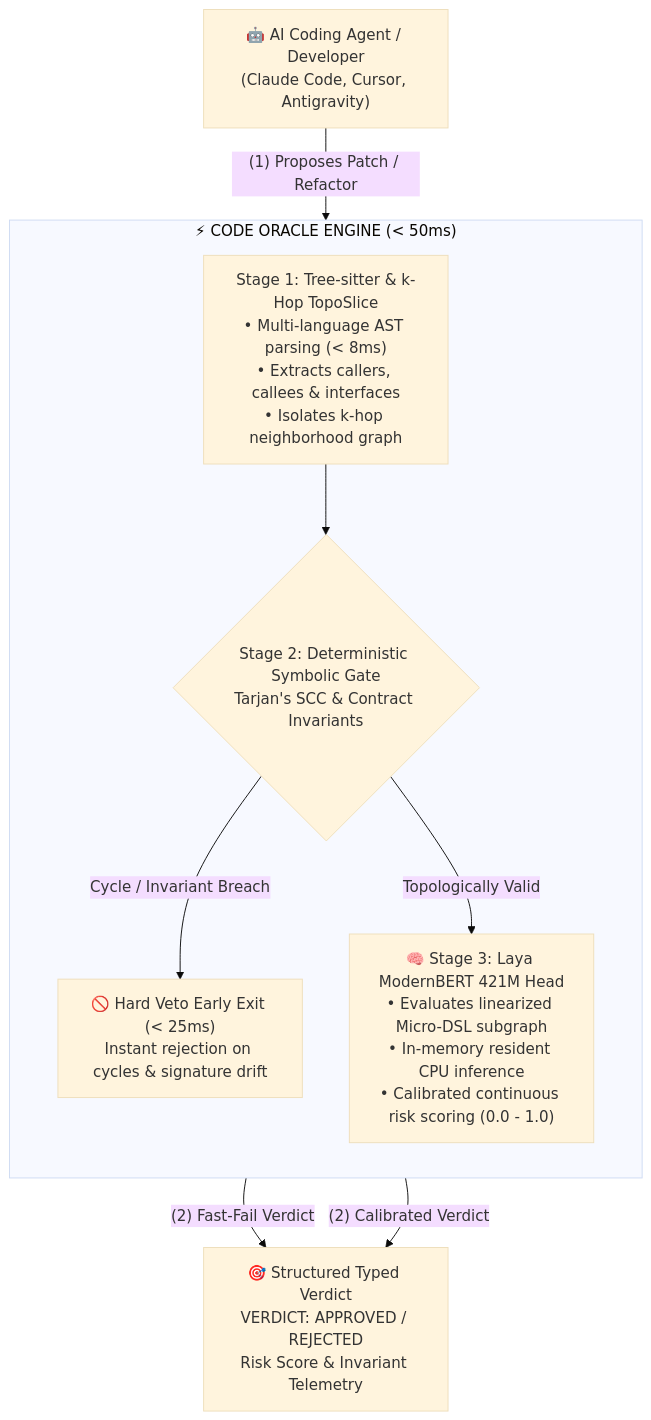
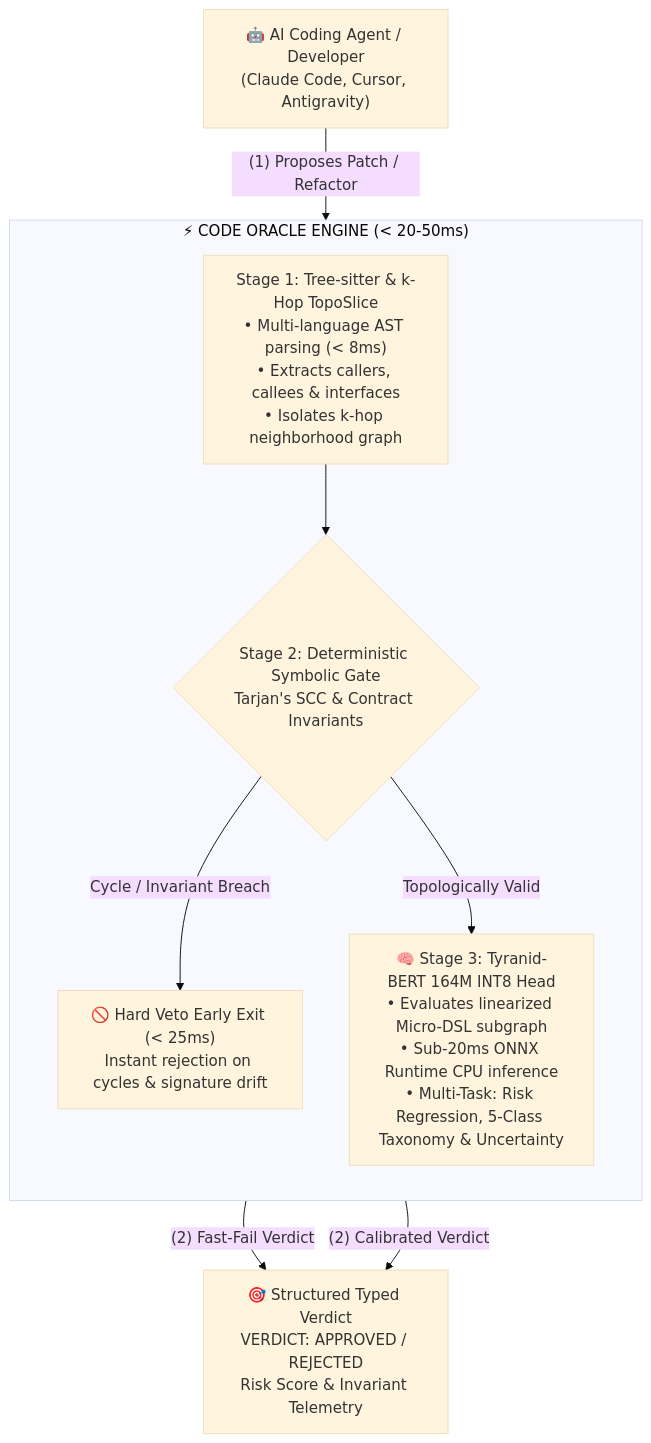
The diagram in README.md (wahyuzero/code-oracle), drawn with Mermaid (base theme) before and after one commit. The commit also changed other lines of this file and 10 other files, not shown here.

Commit message:
chore: clean obsolete datasets, exclude local notebooks & prediction caches, update README to Tyranid-BERT

````diff
--- a/README.md
+++ b/README.md
@@ -31,24 +31,24 @@
 ```mermaid
 flowchart TD
     Agent["🤖 AI Coding Agent / Developer<br/>(Claude Code, Cursor, Antigravity)"]
 
-    subgraph Engine ["⚡ CODE ORACLE ENGINE (&lt; 50ms)"]
+    subgraph Engine ["⚡ CODE ORACLE ENGINE (&lt; 20-50ms)"]
         direction TD
 
         Stage1["Stage 1: Tree-sitter &amp; k-Hop TopoSlice<br/>• Multi-language AST parsing (&lt; 8ms)<br/>• Extracts callers, callees &amp; interfaces<br/>• Isolates k-hop neighborhood graph"]
 
         Stage2{"Stage 2: Deterministic Symbolic Gate<br/>Tarjan's SCC &amp; Contract Invariants"}
 
         HardVeto["🚫 Hard Veto Early Exit (&lt; 25ms)<br/>Instant rejection on cycles &amp; signature drift"]
 
-        Stage3["🧠 Stage 3: Laya ModernBERT 421M Head<br/>• Evaluates linearized Micro-DSL subgraph<br/>• In-memory resident CPU inference<br/>• Calibrated continuous risk scoring (0.0 - 1.0)"]
+        Stage3["🧠 Stage 3: Tyranid-BERT 164M INT8 Head<br/>• Evaluates linearized Micro-DSL subgraph<br/>• Sub-20ms ONNX Runtime CPU inference<br/>• Multi-Task: Risk Regression, 5-Class Taxonomy &amp; Uncertainty"]
 
         Stage1 --> Stage2
         Stage2 -- "Cycle / Invariant Breach" --> HardVeto
         Stage2 -- "Topologically Valid" --> Stage3
     end
 
     Agent -->|"(1) Proposes Patch / Refactor"| Stage1
     HardVeto -->|"(2) Fast-Fail Verdict"| Verdict["🎯 Structured Typed Verdict<br/>VERDICT: APPROVED / REJECTED<br/>Risk Score &amp; Invariant Telemetry"]
     Stage3 -->|"(2) Calibrated Verdict"| Verdict
 ```
````
